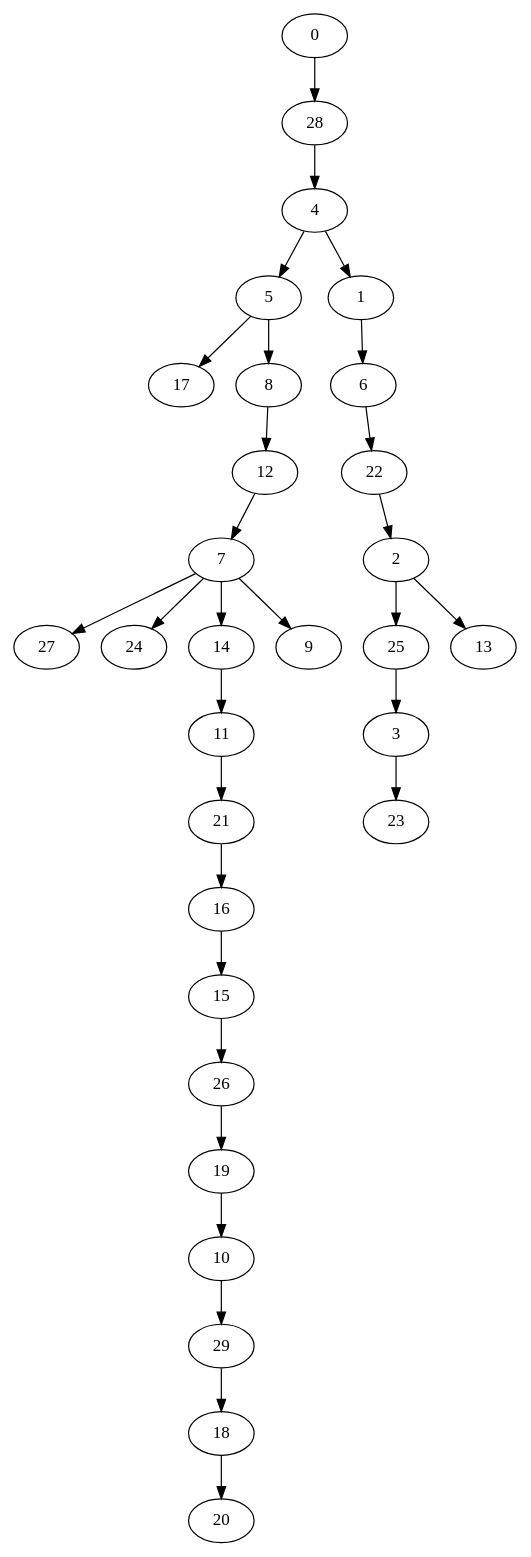
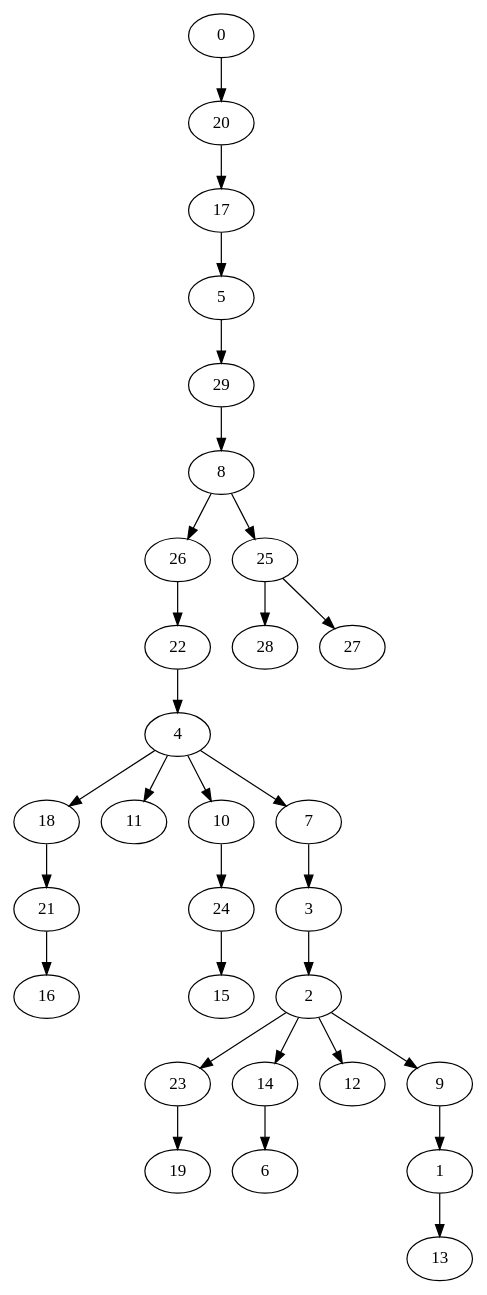
The diagram in gv/Dorogovtsev_Mendes_30_dfs.gv (HugoBec/graph), drawn with Graphviz before and after one commit. The commit also changed 60 other files, not shown here.

```diff
--- a/gv/Dorogovtsev_Mendes_30_dfs.gv
+++ b/gv/Dorogovtsev_Mendes_30_dfs.gv
@@ -1,61 +1,61 @@
 digraph {
 	0 [label=0]
-	28 [label=28]
+	20 [label=20]
+	17 [label=17]
+	5 [label=5]
+	29 [label=29]
+	8 [label=8]
+	26 [label=26]
+	22 [label=22]
 	4 [label=4]
-	5 [label=5]
-	17 [label=17]
-	8 [label=8]
-	12 [label=12]
-	7 [label=7]
-	27 [label=27]
-	24 [label=24]
-	14 [label=14]
-	11 [label=11]
+	18 [label=18]
 	21 [label=21]
 	16 [label=16]
+	11 [label=11]
+	10 [label=10]
+	24 [label=24]
 	15 [label=15]
-	26 [label=26]
+	7 [label=7]
+	3 [label=3]
+	2 [label=2]
+	23 [label=23]
 	19 [label=19]
-	10 [label=10]
-	29 [label=29]
-	18 [label=18]
-	20 [label=20]
+	14 [label=14]
+	6 [label=6]
+	12 [label=12]
 	9 [label=9]
 	1 [label=1]
-	6 [label=6]
-	22 [label=22]
-	2 [label=2]
+	13 [label=13]
 	25 [label=25]
-	3 [label=3]
-	23 [label=23]
-	13 [label=13]
-	0 -> 28
-	28 -> 4
-	4 -> 5
-	5 -> 17
-	5 -> 8
-	8 -> 12
-	12 -> 7
-	7 -> 27
-	7 -> 24
-	7 -> 14
-	14 -> 11
-	11 -> 21
+	28 [label=28]
+	27 [label=27]
+	0 -> 20
+	20 -> 17
+	17 -> 5
+	5 -> 29
+	29 -> 8
+	8 -> 26
+	26 -> 22
+	22 -> 4
+	4 -> 18
+	18 -> 21
 	21 -> 16
-	16 -> 15
-	15 -> 26
-	26 -> 19
-	19 -> 10
-	10 -> 29
-	29 -> 18
-	18 -> 20
-	7 -> 9
-	4 -> 1
-	1 -> 6
-	6 -> 22
-	22 -> 2
-	2 -> 25
-	25 -> 3
-	3 -> 23
-	2 -> 13
+	4 -> 11
+	4 -> 10
+	10 -> 24
+	24 -> 15
+	4 -> 7
+	7 -> 3
+	3 -> 2
+	2 -> 23
+	23 -> 19
+	2 -> 14
+	14 -> 6
+	2 -> 12
+	2 -> 9
+	9 -> 1
+	1 -> 13
+	8 -> 25
+	25 -> 28
+	25 -> 27
 }
```
